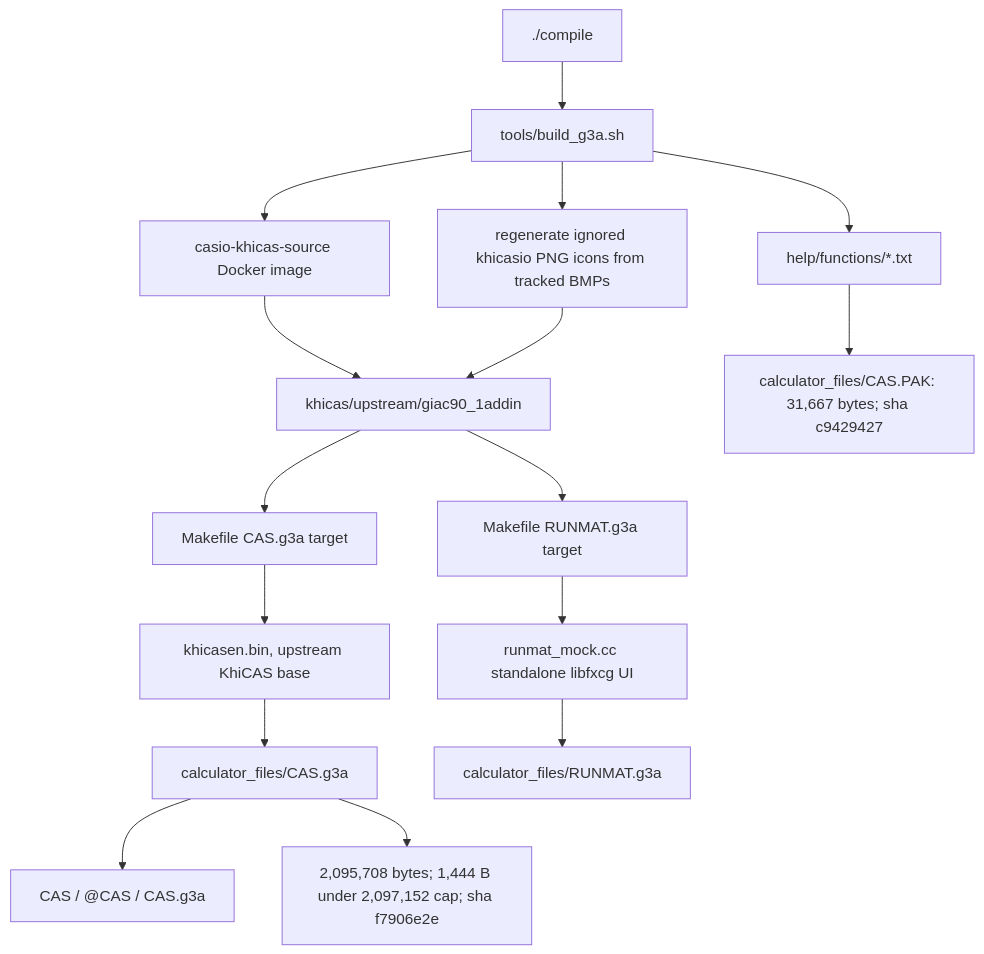
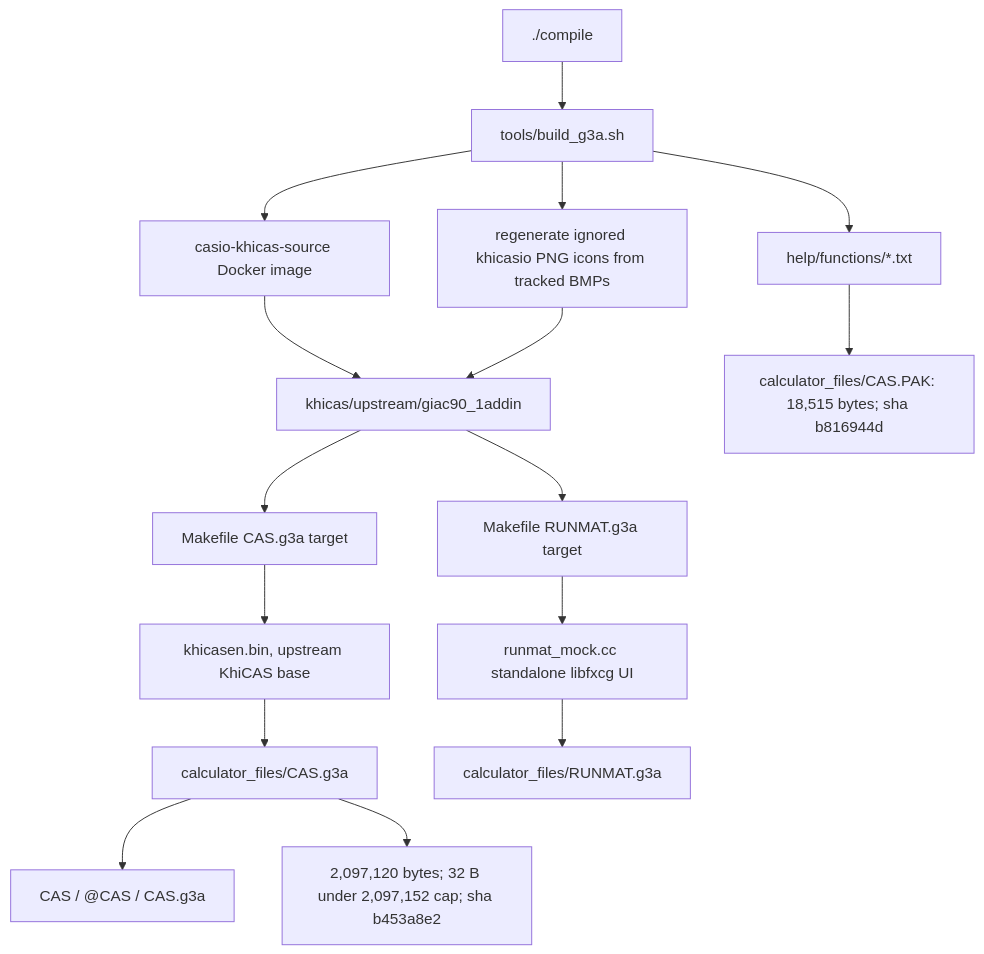
One commit to james8464/notes-addin-casio-fx-cg50 changed the first of 7 diagrams in docs/GRAPH.md. Above: the diagram before and after it, drawn with Mermaid. The commit also changed other lines of this file and 52 other files, not shown here.

````diff
--- a/docs/GRAPH.md
+++ b/docs/GRAPH.md
@@ -7,18 +7,18 @@
 ```mermaid
 graph TD
   Compile["./compile"] --> Build["tools/build_g3a.sh"]
   Build --> Docker["casio-khicas-source Docker image"]
   Docker --> Src["khicas/upstream/giac90_1addin"]
   Build --> Icons["regenerate ignored khicasio PNG icons from tracked BMPs"]
   Icons --> Src
   Src --> Make["Makefile CAS.g3a target"]
   Make --> Bin["khicasen.bin, upstream KhiCAS base"]
   Bin --> G3A["calculator_files/CAS.g3a"]
   Src --> RunMatMake["Makefile RUNMAT.g3a target"]
   RunMatMake --> RunMatSrc["runmat_mock.cc standalone libfxcg UI"]
   RunMatSrc --> RunMatG3A["calculator_files/RUNMAT.g3a"]
   Build --> Help["help/functions/*.txt"]
-  Help --> PAK["calculator_files/CAS.PAK: 31,667 bytes; sha c9429427"]
+  Help --> PAK["calculator_files/CAS.PAK: 18,515 bytes; sha b816944d"]
   G3A --> Meta["CAS / @CAS / CAS.g3a"]
-  G3A --> Size["2,095,708 bytes; 1,444 B under 2,097,152 cap; sha f7906e2e"]
+  G3A --> Size["2,097,120 bytes; 32 B under 2,097,152 cap; sha b453a8e2"]
 ```
````
